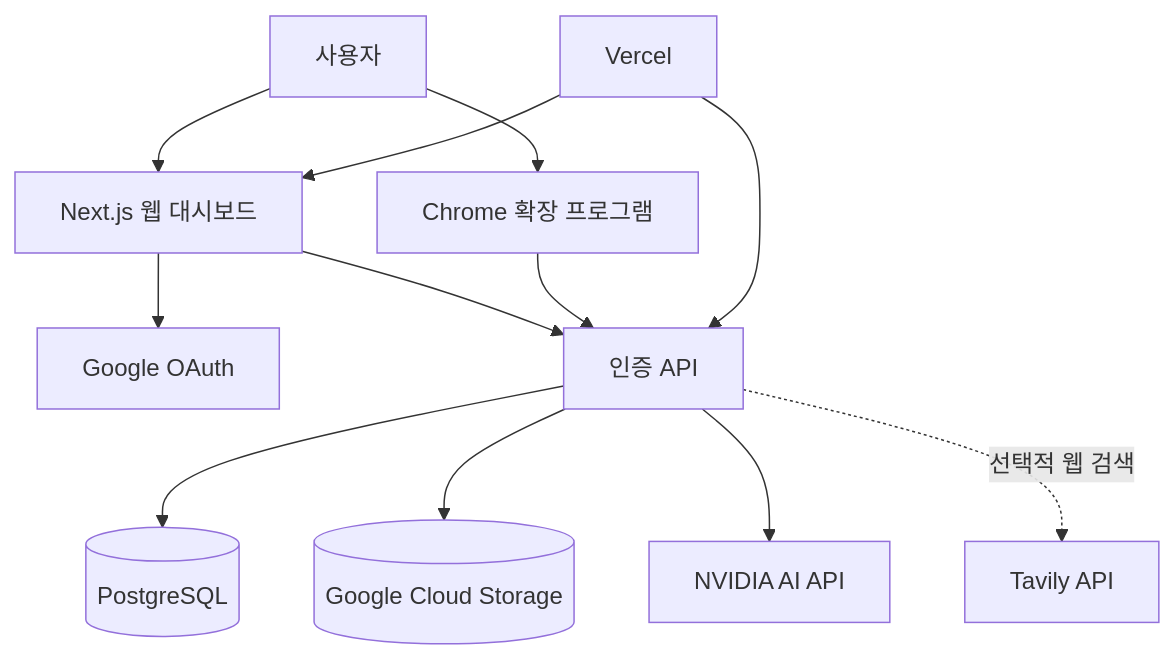
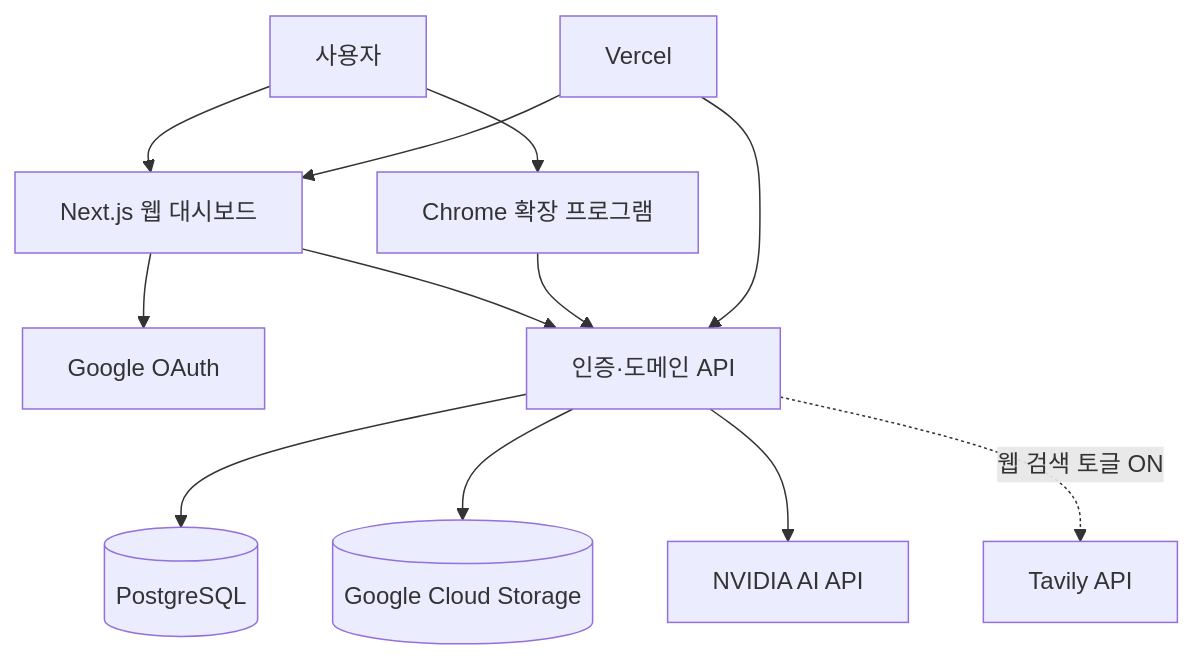
Before and after one commit to amyhong0/amy-brain-map: the fourth of 4 diagrams in README.md, drawn with Mermaid. The commit also changed other lines of this file, not shown here.

````diff
--- a/README.md
+++ b/README.md
@@ -72,14 +105,14 @@
 ```mermaid
 flowchart TB
   U[사용자] --> W[Next.js 웹 대시보드]
   U --> X[Chrome 확장 프로그램]
   W --> O[Google OAuth]
-  W --> A[인증 API]
+  W --> A[인증·도메인 API]
   X --> A
   A --> P[(PostgreSQL)]
   A --> G[(Google Cloud Storage)]
   A --> N[NVIDIA AI API]
-  A -. 선택적 웹 검색 .-> T[Tavily API]
+  A -. 웹 검색 토글 ON .-> T[Tavily API]
   V[Vercel] --> W
   V --> A
 ```
````
